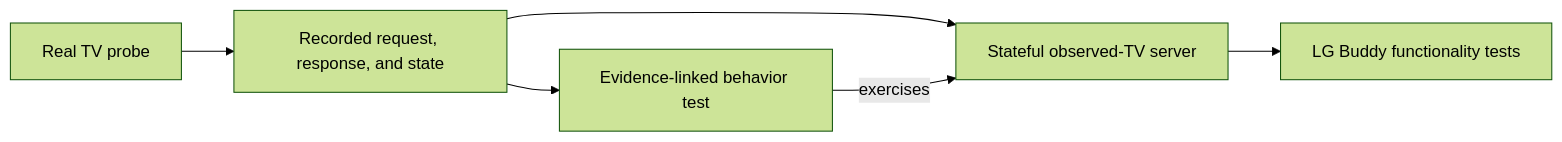
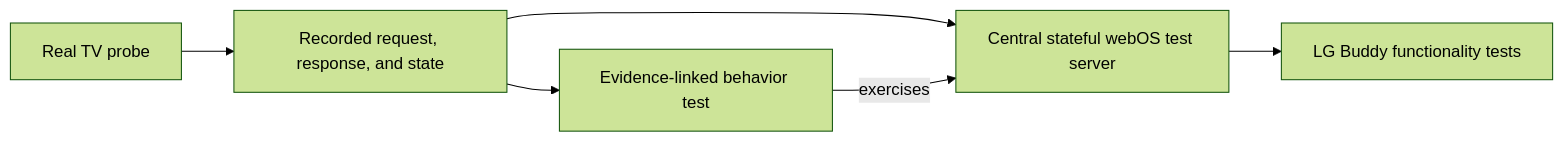
Before and after one commit to Faceless3882/LG_Buddy: the diagram in docs/webos-testing.md, drawn with Mermaid (forest theme). The commit also changed other lines of this file and 6 other files, not shown here.

Commit message:
Consolidate native webOS test server

````diff
--- a/docs/webos-testing.md
+++ b/docs/webos-testing.md
@@ -11,8 +11,8 @@
 ```mermaid
 flowchart LR
     TV["Real TV probe"] --> Evidence["Recorded request, response, and state"]
     Evidence --> Characterization["Evidence-linked behavior test"]
-    Evidence --> Mock["Stateful observed-TV server"]
+    Evidence --> Mock["Central stateful webOS test server"]
     Characterization -->|exercises| Mock
     Mock --> Feature["LG Buddy functionality tests"]
 ```
````
